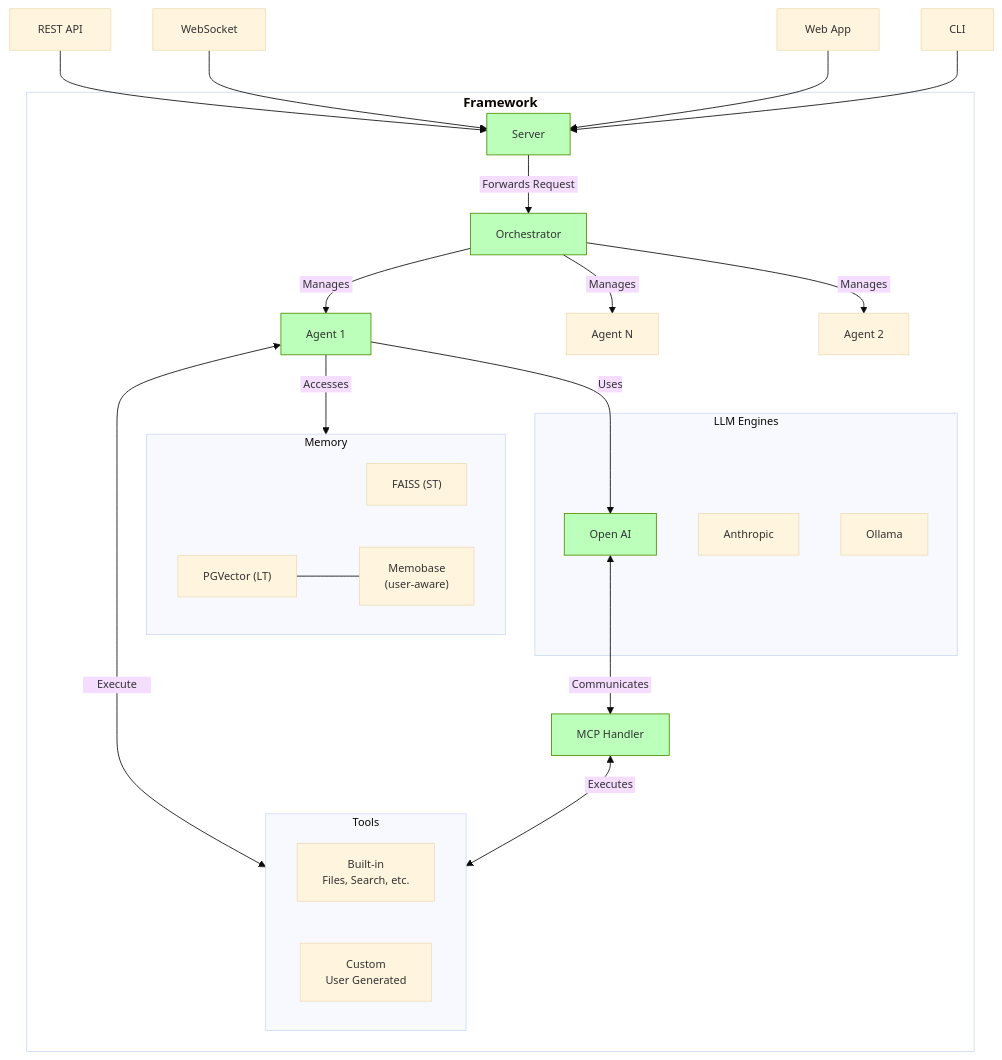
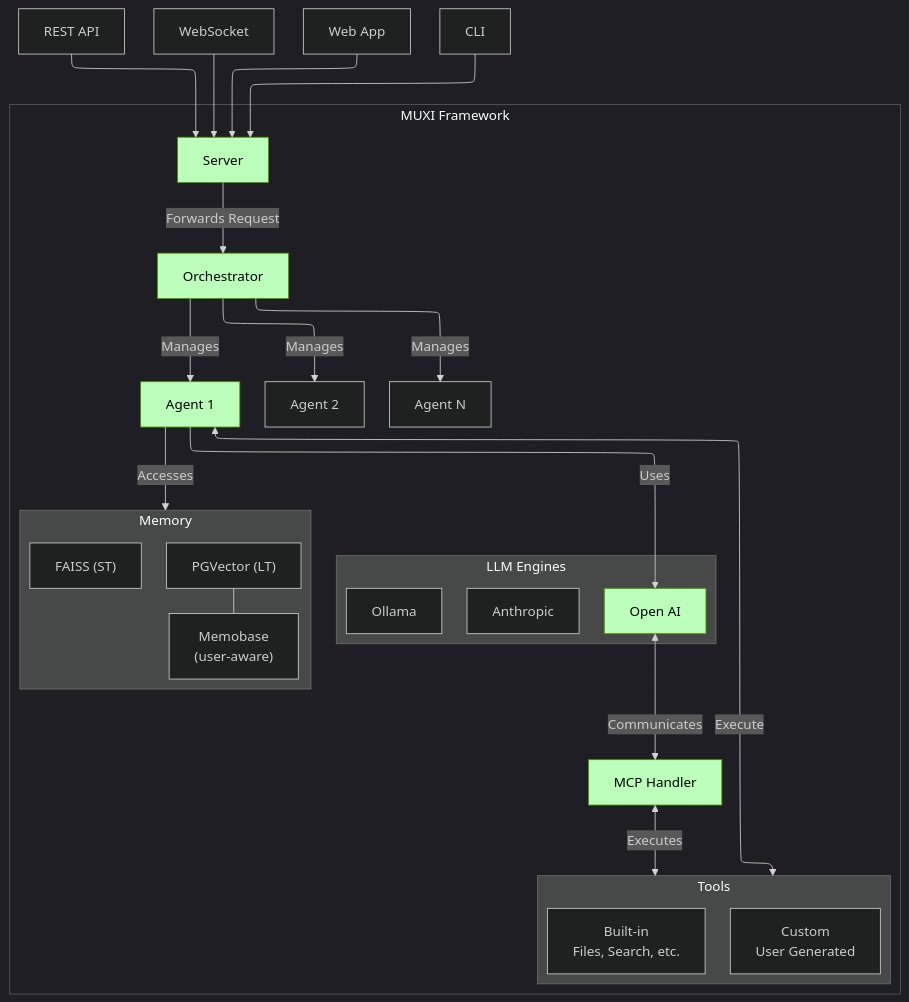
Before and after one commit to ranaroussi/muxi: the diagram in docs/architecture.md, drawn with Mermaid. The commit also changed other lines of this file and 37 other files, not shown here.

````diff
--- a/docs/architecture.md
+++ b/docs/architecture.md
@@ -3,57 +15,46 @@
 ```mermaid
----
-config:
-  theme: base
-  themeVariables:
-    fontFamily: 'Arial'
-    fontSize: 13px
-  flowchart:
-    defaultRenderer: elk
-  layout: fixed
----
+%%{init: {"theme":"dark", "flowchart": {"defaultRenderer": "elk"}} }%%
 flowchart TB
     subgraph MS["Memory"]
-        Buffer["FAISS&nbsp;(ST)"]
-        PGSQL["PGVector&nbsp;(LT)"]
+        Buffer["FAISS (ST)"]
+        PGSQL["PGVector (LT)"]
         MBASE["Memobase<br>(user-aware)"]
     end
     subgraph LE["LLM Engines"]
         LLM["Open AI"]
-        Grok["Anthropic"]
+        Anthropic["Anthropic"]
         Ollama["Ollama"]
     end
     subgraph Tools["Tools"]
-        BuiltIn["Built-in<br>Files,&nbsp;Search,&nbsp;etc."]
-        Custom["Custom<br>User&nbsp;Generated"]
+        BuiltIn["Built-in<br>Files, Search, etc."]
+        Custom["Custom<br>User Generated"]
     end
-    subgraph AIA["<b><big>Framework</big></b>"]
+    subgraph AIA["MUXI Framework"]
         Server["Server"]
         Orchestrator["Orchestrator"]
-        Agent["Agent&nbsp;1"]
-        Agent2["Agent&nbsp;N"]
-        AgentN["Agent&nbsp;2"]
+        Agent["Agent 1"]
+        Agent2["Agent N"]
+        AgentN["Agent 2"]
         MCP["MCP Handler"]
         MS
         LE
         Tools
     end
-    REST["&nbsp;REST API&nbsp;"] --> Server
-    WS["&nbsp;WebSocket&nbsp;"] --> Server
-    APP["&nbsp;Web App&nbsp;"] --> Server
-    CLI["&nbsp;CLI&nbsp;"] --> Server
-    Server -- &nbsp;Forwards Request&nbsp; --> Orchestrator
-    Orchestrator -- &nbsp;Manages&nbsp; --> Agent & Agent2 & AgentN
+    REST["REST API"] --> Server
+    WS["WebSocket"] --> Server
+    APP["Web App"] --> Server
+    CLI["CLI"] --> Server
+    Server -- Forwards Request --> Orchestrator
+    Orchestrator -- Manages --> Agent & Agent2 & AgentN
     Agent -- Uses --> LLM
-    Agent <-- &nbsp; &nbsp; &nbsp;Execute&nbsp; &nbsp; &nbsp; --> Tools
-    Agent -- &nbsp;Accesses&nbsp; --> MS
-    LLM <-- &nbsp;Communicates&nbsp; --> MCP
-    MCP <-- &nbsp;Executes&nbsp; --> Tools
+    Agent <-- Execute --> Tools
+    Agent -- Accesses --> MS
+    LLM <-- Communicates --> MCP
+    MCP <-- Executes --> Tools
     PGSQL --- MBASE
 
-    style LLM fill:#bfb,stroke:#4f8f00
-    style Server fill:#bfb,stroke:#4f8f00
-    style Orchestrator fill:#bfb,stroke:#4f8f00
-    style Agent fill:#bfb,stroke:#4f8f00
-    style MCP fill:#bfb,stroke:#4f8f00
-    style AIA fill:#fff
+    classDef green fill:#bfb,stroke:#4f8f00,color:#000
+    class LLM,Server,Orchestrator,Agent,MCP green
+    classDef transparent fill:transparent
+    class AIA transparent
 ```
````
